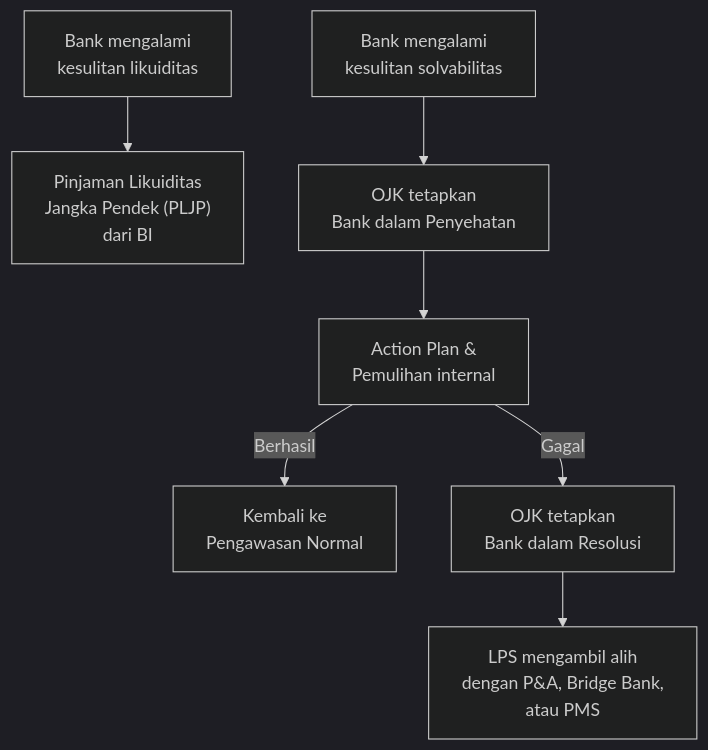
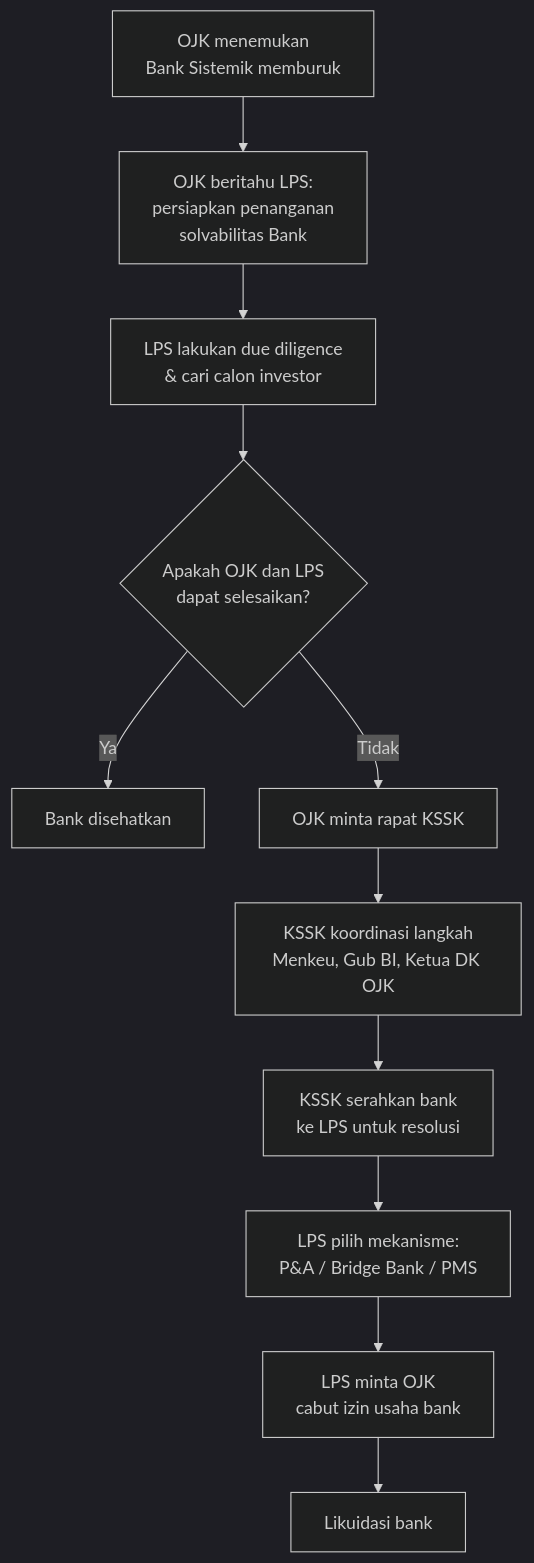
One commit to hifdzimaulana/beate-vivere changed the tenth of 10 diagrams in content/Lectures/perbankan-uas.md. Above: the diagram before and after it, drawn with Mermaid (dark theme). The commit also changed other lines of this file, not shown here.

````diff
--- a/content/Lectures/perbankan-uas.md
+++ b/content/Lectures/perbankan-uas.md
@@ -1545,9 +1778,13 @@
 ```mermaid
 graph TD
-    A["Bank mengalami<br>kesulitan likuiditas"] --> B["Pinjaman Likuiditas<br>Jangka Pendek (PLJP)<br>dari BI"]
-    A2["Bank mengalami<br>kesulitan solvabilitas"] --> C["OJK tetapkan<br>Bank dalam Penyehatan"]
-    C --> D["Action Plan &<br>Pemulihan internal"]
-    D -->|Berhasil| E["Kembali ke<br>Pengawasan Normal"]
-    D -->|Gagal| F["OJK tetapkan<br>Bank dalam Resolusi"]
-    F --> G["LPS mengambil alih<br>dengan P&A, Bridge Bank,<br>atau PMS"]
+    A["OJK menemukan</br>Bank Sistemik memburuk"] --> B["OJK beritahu LPS:</br>persiapkan penanganan</br>solvabilitas Bank"]
+    B --> C["LPS lakukan due diligence</br>& cari calon investor"]
+    C --> D{"Apakah OJK dan LPS</br>dapat selesaikan?"}
+    D -->|Ya| E["Bank disehatkan"]
+    D -->|Tidak| F["OJK minta rapat KSSK"]
+    F --> G["KSSK koordinasi langkah</br>Menkeu, Gub BI, Ketua DK OJK"]
+    G --> H["KSSK serahkan bank</br>ke LPS untuk resolusi"]
+    H --> I["LPS pilih mekanisme:</br>P&A / Bridge Bank / PMS"]
+    I --> J["LPS minta OJK</br>cabut izin usaha bank"]
+    J --> K["Likuidasi bank"]
 ```
````
